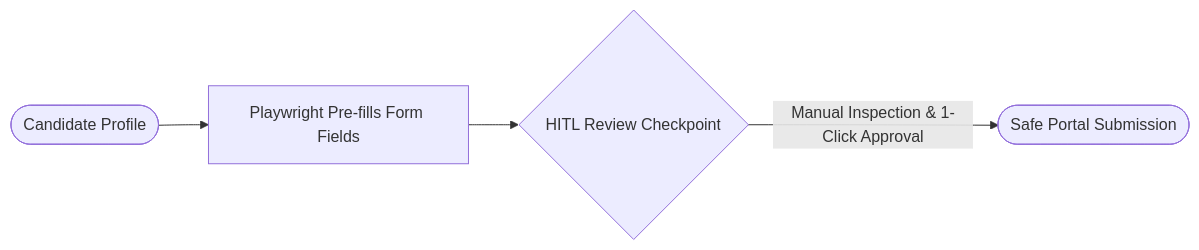
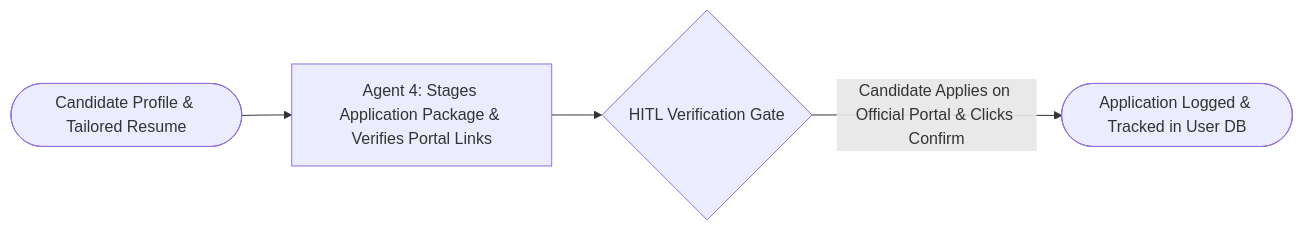
Before and after one commit to anvitha-45/careerpilot: the diagram in README.md, drawn with Mermaid. The commit also changed other lines of this file and 8 other files, not shown here.

````diff
--- a/README.md
+++ b/README.md
@@ -27,6 +28,6 @@
 ```mermaid
 flowchart LR
-    Candidate([Candidate Profile]) --> Stage[Playwright Pre-fills Form Fields]
-    Stage --> Halt{HITL Review Checkpoint}
-    Halt -->|Manual Inspection & 1-Click Approval| Dispatch([Safe Portal Submission])
+    Candidate([Candidate Profile & Tailored Resume]) --> Stage[Agent 4: Stages Application Package & Verifies Portal Links]
+    Stage --> Halt{HITL Verification Gate}
+    Halt -->|Candidate Applies on Official Portal & Clicks Confirm| Dispatch([Application Logged & Tracked in User DB])
 ```
````
